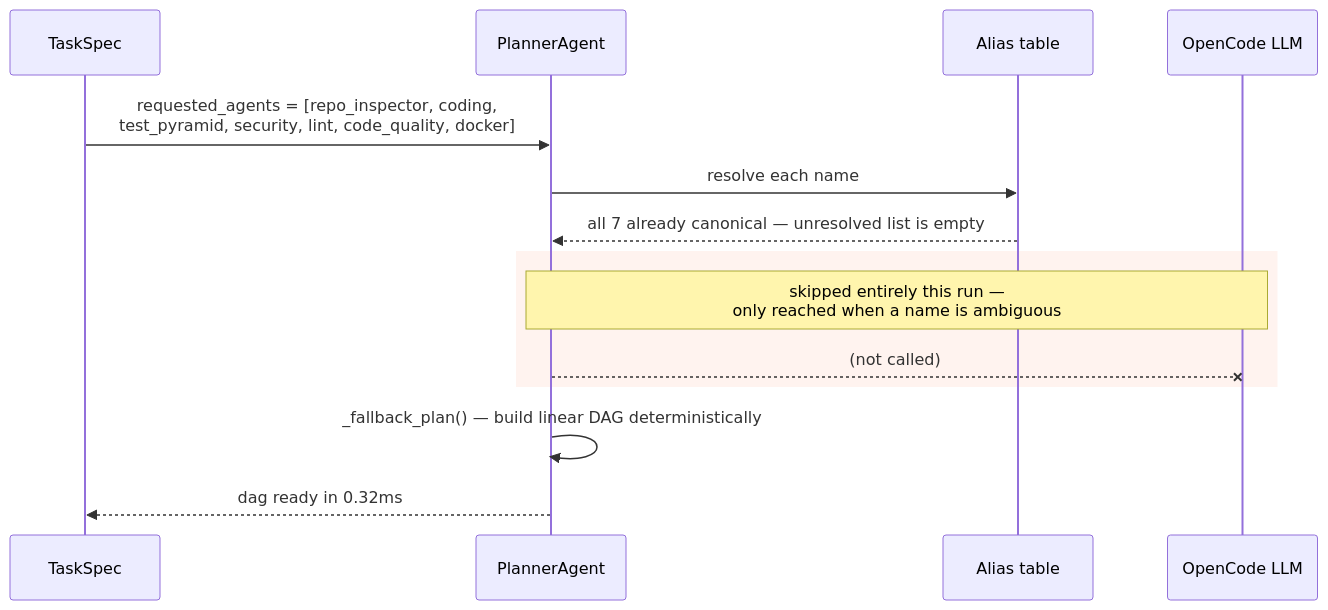
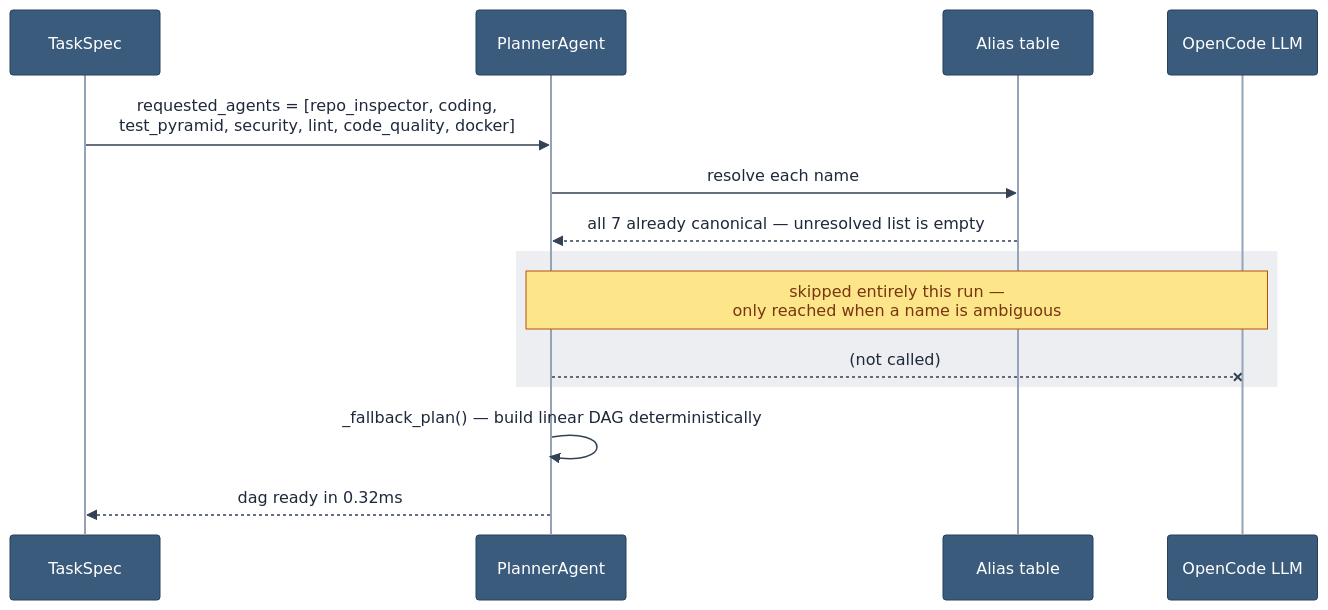
Before and after one commit to lorenzogirardi/agentic-sdlc: the fifth of 8 diagrams in docs/demo/newton-run-architecture.md, drawn with Mermaid. The commit also changed other lines of this file and 1 other file, not shown here.

First line of the commit message:
Color-code all diagrams: actors, platform, external systems, outcomes

````diff
--- a/docs/demo/newton-run-architecture.md
+++ b/docs/demo/newton-run-architecture.md
@@ -183,17 +217,18 @@
 ```mermaid
+%%{init: {'theme':'base', 'themeVariables': {'primaryColor':'#ff6b35','primaryBorderColor':'#c9451f','primaryTextColor':'#ffffff','actorBkg':'#3b5b7d','actorBorder':'#24405c','actorTextColor':'#ffffff','actorLineColor':'#94a3b8','signalColor':'#334155','signalTextColor':'#1e293b','labelBoxBkgColor':'#ff6b35','labelBoxBorderColor':'#c9451f','labelTextColor':'#ffffff','loopTextColor':'#334155','noteBkgColor':'#fde68a','noteBorderColor':'#b45309','noteTextColor':'#78350f','activationBorderColor':'#c9451f','activationBkgColor':'#ffd9c2','sequenceNumberColor':'#ffffff'}}}%%
 sequenceDiagram
     participant Task as TaskSpec
     participant Planner as PlannerAgent
     participant Alias as Alias table
     participant LLM as OpenCode LLM
 
     Task->>Planner: requested_agents = [repo_inspector, coding,<br/>test_pyramid, security, lint, code_quality, docker]
     Planner->>Alias: resolve each name
     Alias-->>Planner: all 7 already canonical — unresolved list is empty
-    rect rgba(255,107,53,0.08)
+    rect rgba(100,116,139,0.12)
     Note over Planner,LLM: skipped entirely this run —<br/>only reached when a name is ambiguous
     Planner--xLLM: (not called)
     end
     Planner->>Planner: _fallback_plan() — build linear DAG deterministically
     Planner-->>Task: dag ready in 0.32ms
 ```
````
